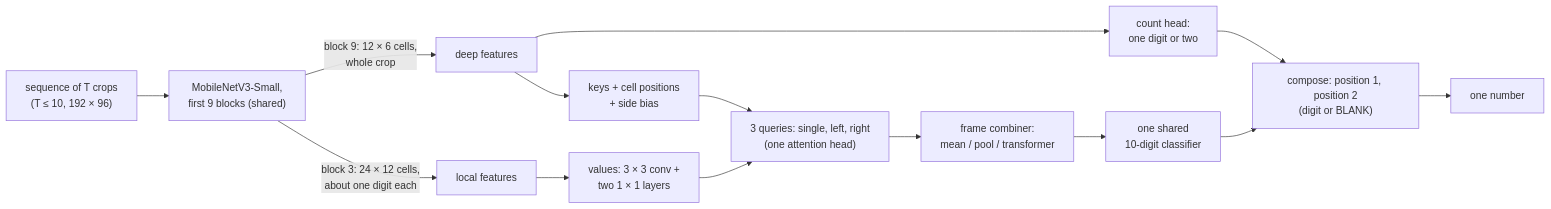
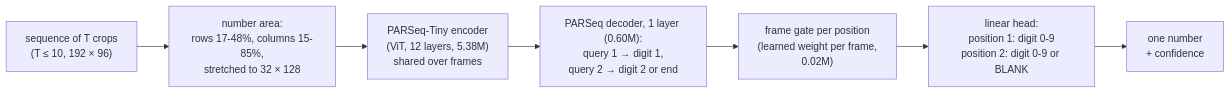
The diagram in REPORT.md (alexandreplomp/temporal-jersey-number-recognition), drawn with Mermaid before and after one commit. The commit also changed other lines of this file and 10 other files, not shown here.

````diff
--- a/REPORT.md
+++ b/REPORT.md
@@ -24,16 +36,9 @@
 ```mermaid
 flowchart LR
-    S["sequence of T crops<br/>(T ≤ 10, 192 × 96)"] --> B["MobileNetV3-Small,<br/>first 9 blocks (shared)"]
-    B -->|"block 3: 24 × 12 cells,<br/>about one digit each"| L["local features"]
-    B -->|"block 9: 12 × 6 cells,<br/>whole crop"| D["deep features"]
-    L --> V["values: 3 × 3 conv +<br/>two 1 × 1 layers"]
-    D --> K["keys + cell positions<br/>+ side bias"]
-    D --> C["count head:<br/>one digit or two"]
-    K --> Q["3 queries: single, left, right<br/>(one attention head)"]
-    V --> Q
-    Q --> F["frame combiner:<br/>mean / pool / transformer"]
-    F --> H["one shared<br/>10-digit classifier"]
-    C --> O["compose: position 1, position 2<br/>(digit or BLANK)"]
-    H --> O
-    O --> N["one number"]
+    S["sequence of T crops<br/>(T ≤ 10, 192 × 96)"] --> C["number area:<br/>rows 17-48%, columns 15-85%,<br/>stretched to 32 × 128"]
+    C --> E["PARSeq-Tiny encoder<br/>(ViT, 12 layers, 5.38M)<br/>shared over frames"]
+    E --> D["PARSeq decoder, 1 layer (0.60M):<br/>query 1 → digit 1,<br/>query 2 → digit 2 or end"]
+    D --> G["frame gate per position<br/>(learned weight per frame,<br/>0.02M)"]
+    G --> H["linear head:<br/>position 1: digit 0-9<br/>position 2: digit 0-9 or BLANK"]
+    H --> N["one number<br/>+ confidence"]
 ```
````
